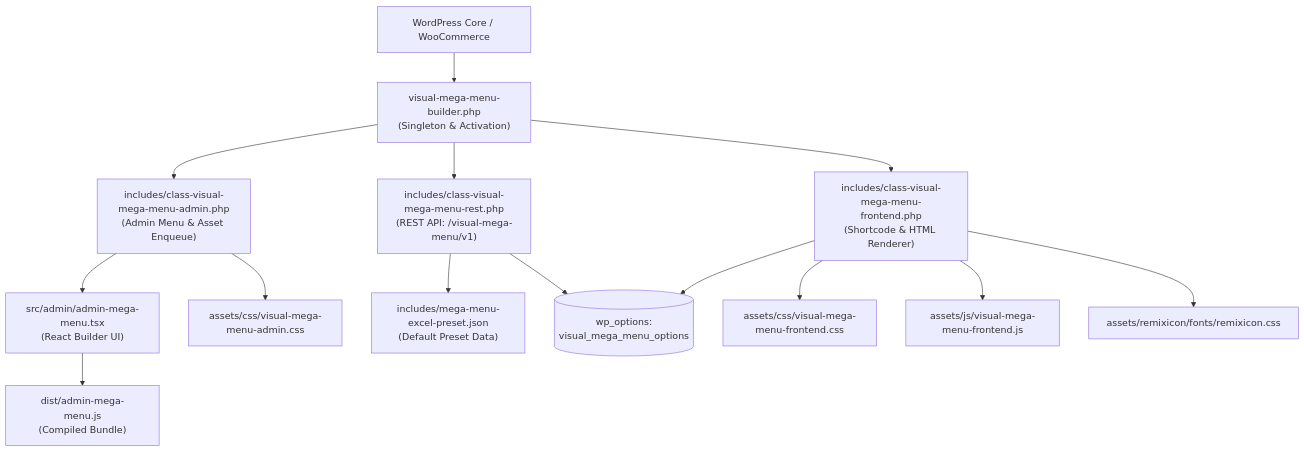
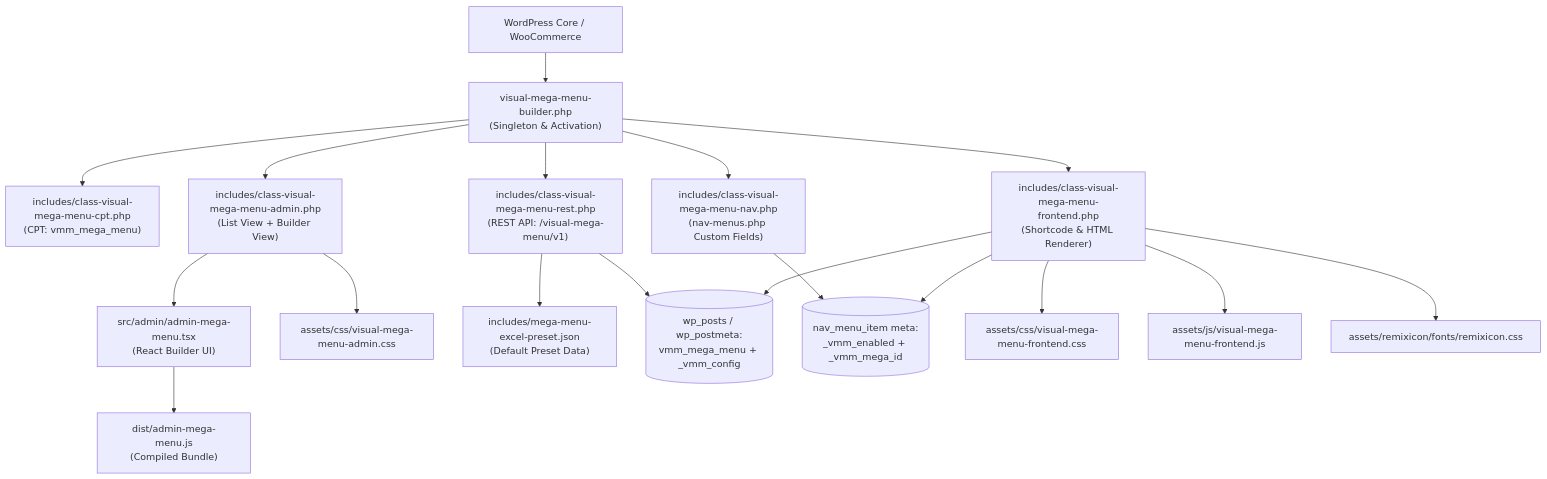
Before and after one commit to apkgap/visual-mega-menu-builder: the diagram in README.md, drawn with Mermaid. The commit also changed other lines of this file and 10 other files, not shown here.

Commit message:
feat: add Templates List/Builder CRUD, theme JSON import support, updated README, and author metadata

````diff
--- a/README.md
+++ b/README.md
@@ -73,20 +75,24 @@
 ```mermaid
 flowchart TD
     WP["WordPress Core / WooCommerce"] --> Bootstrap["visual-mega-menu-builder.php\n(Singleton & Activation)"]
 
-    Bootstrap --> Admin["includes/class-visual-mega-menu-admin.php\n(Admin Menu & Asset Enqueue)"]
+    Bootstrap --> CPT["includes/class-visual-mega-menu-cpt.php\n(CPT: vmm_mega_menu)"]
+    Bootstrap --> Nav["includes/class-visual-mega-menu-nav.php\n(nav-menus.php Custom Fields)"]
+    Bootstrap --> Admin["includes/class-visual-mega-menu-admin.php\n(List View + Builder View)"]
     Bootstrap --> REST["includes/class-visual-mega-menu-rest.php\n(REST API: /visual-mega-menu/v1)"]
     Bootstrap --> Frontend["includes/class-visual-mega-menu-frontend.php\n(Shortcode & HTML Renderer)"]
 
     Admin --> ReactApp["src/admin/admin-mega-menu.tsx\n(React Builder UI)"]
     ReactApp --> BuiltJS["dist/admin-mega-menu.js\n(Compiled Bundle)"]
     Admin --> AdminCSS["assets/css/visual-mega-menu-admin.css"]
 
     REST --> Preset["includes/mega-menu-excel-preset.json\n(Default Preset Data)"]
-    REST --> OptionDB[("wp_options:\nvisual_mega_menu_options")]
+    REST --> CPTMeta[("wp_posts / wp_postmeta:\nvmm_mega_menu + _vmm_config")]
+    Nav --> NavMeta[("nav_menu_item meta:\n_vmm_enabled + _vmm_mega_id")]
 
-    Frontend --> OptionDB
+    Frontend --> CPTMeta
+    Frontend --> NavMeta
     Frontend --> FrontCSS["assets/css/visual-mega-menu-frontend.css"]
     Frontend --> FrontJS["assets/js/visual-mega-menu-frontend.js"]
     Frontend --> Remix["assets/remixicon/fonts/remixicon.css"]
 ```
````
